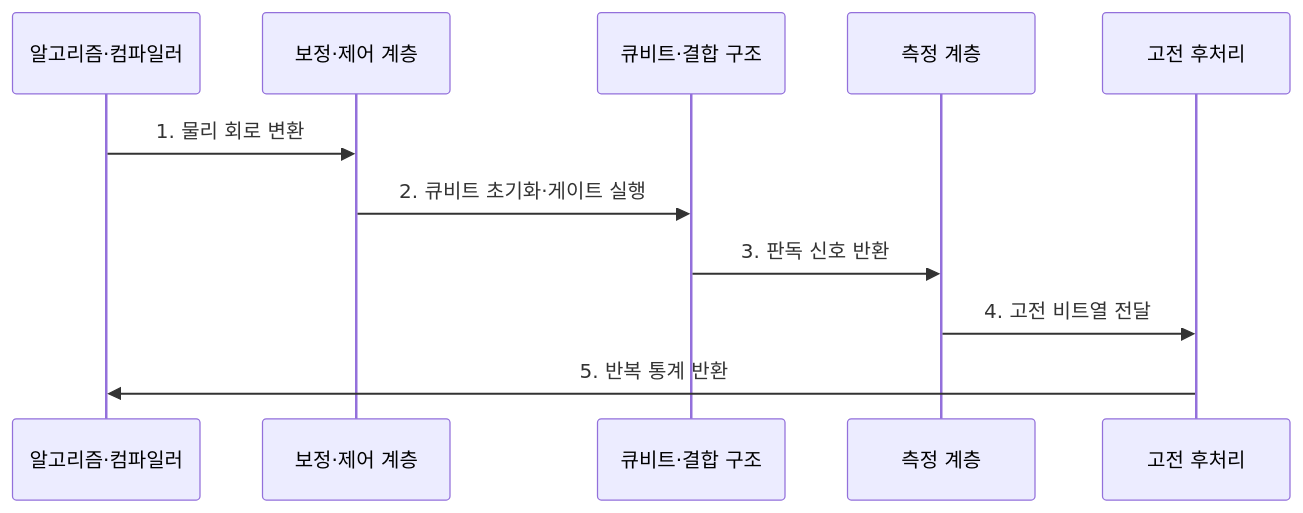
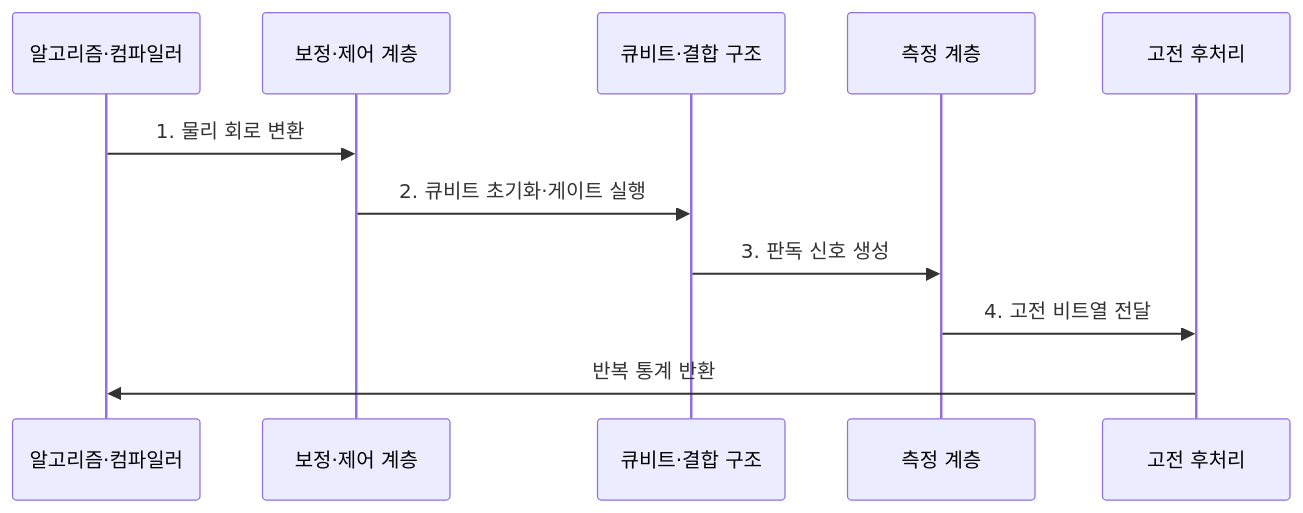
The second of 2 diagrams in src/content/docs/notes/02-hardware/072_quantum_computing_qubit.md (agnusdei1207/knowledge-base), drawn with Mermaid before and after one commit. The commit also changed other lines of this file and 19 other files, not shown here.

````diff
--- a/src/content/docs/notes/02-hardware/072_quantum_computing_qubit.md
+++ b/src/content/docs/notes/02-hardware/072_quantum_computing_qubit.md
@@ -97,14 +97,14 @@
 ```mermaid
 sequenceDiagram
     participant A as 알고리즘·컴파일러
     participant B as 보정·제어 계층
     participant Q as 큐비트·결합 구조
     participant M as 측정 계층
     participant H as 고전 후처리
 
     A->>B: 1. 물리 회로 변환
     B->>Q: 2. 큐비트 초기화·게이트 실행
-    Q->>M: 3. 판독 신호 반환
+    Q->>M: 3. 판독 신호 생성
     M->>H: 4. 고전 비트열 전달
-    H->>A: 5. 반복 통계 반환
+    H->>A: 반복 통계 반환
 ```
````
